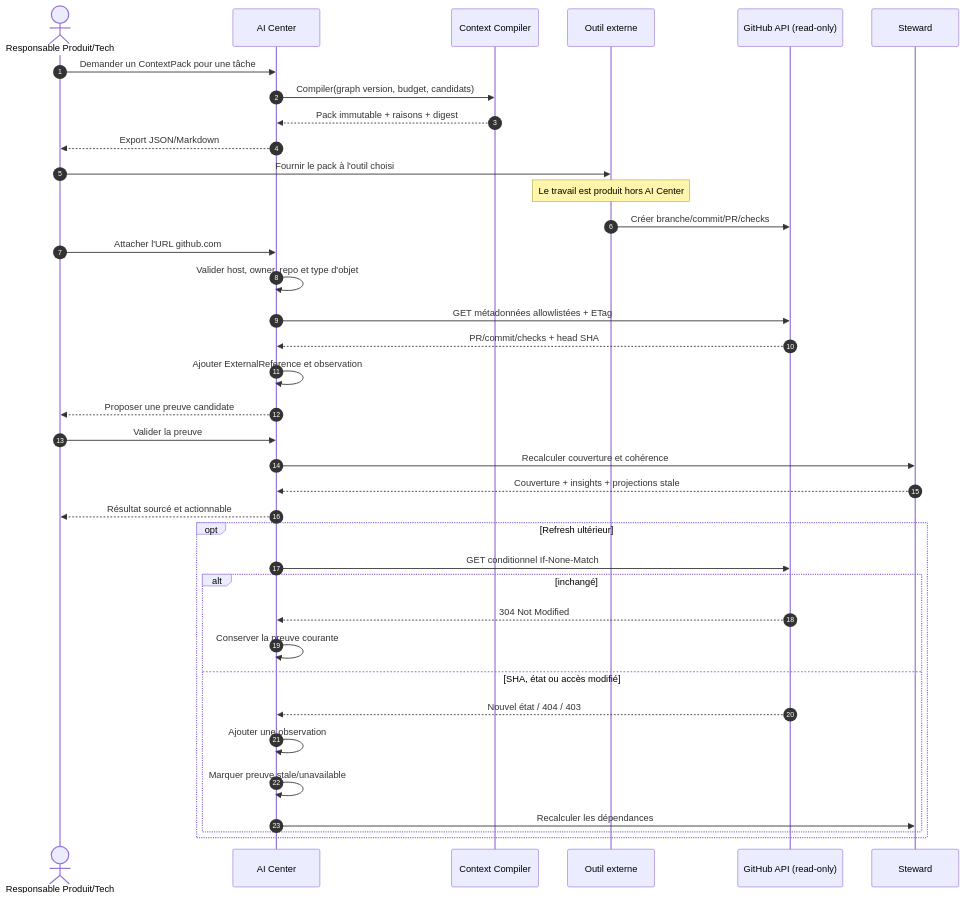
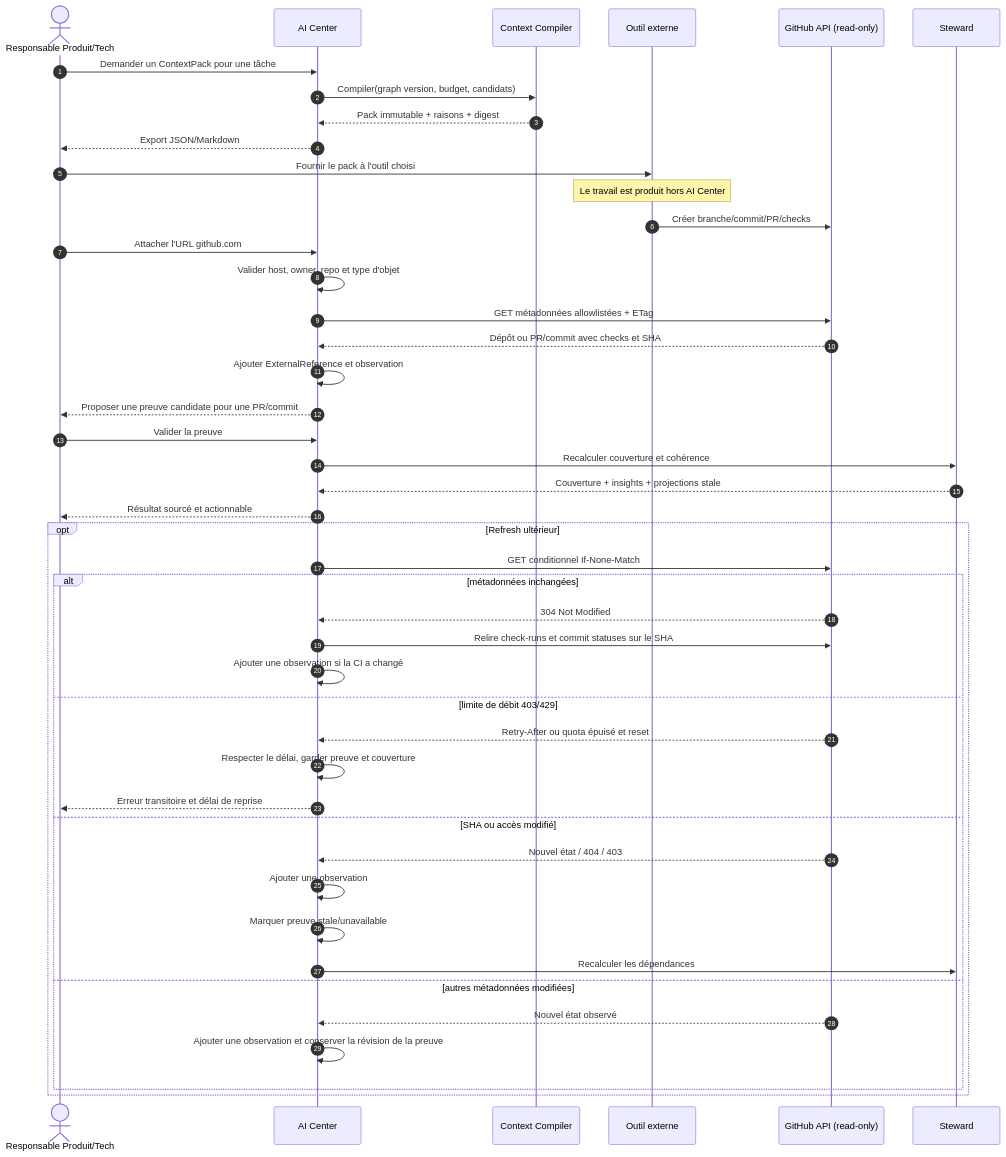
The diagram in docs/architecture/external-proof-sequence.md (gneed49/ai-center), drawn with Mermaid before and after one commit. The commit also changed 11 other files, not shown here.

````diff
--- a/docs/architecture/external-proof-sequence.md
+++ b/docs/architecture/external-proof-sequence.md
@@ -3,41 +3,49 @@
 ```mermaid
 sequenceDiagram
     autonumber
     actor U as Responsable Produit/Tech
     participant A as AI Center
     participant C as Context Compiler
     participant T as Outil externe
     participant G as GitHub API (read-only)
     participant S as Steward
 
     U->>A: Demander un ContextPack pour une tâche
     A->>C: Compiler(graph version, budget, candidats)
     C-->>A: Pack immutable + raisons + digest
     A-->>U: Export JSON/Markdown
     U->>T: Fournir le pack à l'outil choisi
     Note over T: Le travail est produit hors AI Center
     T->>G: Créer branche/commit/PR/checks
     U->>A: Attacher l'URL github.com
     A->>A: Valider host, owner, repo et type d'objet
     A->>G: GET métadonnées allowlistées + ETag
-    G-->>A: PR/commit/checks + head SHA
+    G-->>A: Dépôt ou PR/commit avec checks et SHA
     A->>A: Ajouter ExternalReference et observation
-    A-->>U: Proposer une preuve candidate
+    A-->>U: Proposer une preuve candidate pour une PR/commit
     U->>A: Valider la preuve
     A->>S: Recalculer couverture et cohérence
     S-->>A: Couverture + insights + projections stale
     A-->>U: Résultat sourcé et actionnable
 
     opt Refresh ultérieur
         A->>G: GET conditionnel If-None-Match
-        alt inchangé
+        alt métadonnées inchangées
             G-->>A: 304 Not Modified
-            A->>A: Conserver la preuve courante
-        else SHA, état ou accès modifié
+            A->>G: Relire check-runs et commit statuses sur le SHA
+            A->>A: Ajouter une observation si la CI a changé
+        else limite de débit 403/429
+            G-->>A: Retry-After ou quota épuisé et reset
+            A->>A: Respecter le délai, garder preuve et couverture
+            A-->>U: Erreur transitoire et délai de reprise
+        else SHA ou accès modifié
             G-->>A: Nouvel état / 404 / 403
             A->>A: Ajouter une observation
             A->>A: Marquer preuve stale/unavailable
             A->>S: Recalculer les dépendances
+        else autres métadonnées modifiées
+            G-->>A: Nouvel état observé
+            A->>A: Ajouter une observation et conserver la révision de la preuve
         end
     end
 ```
````
